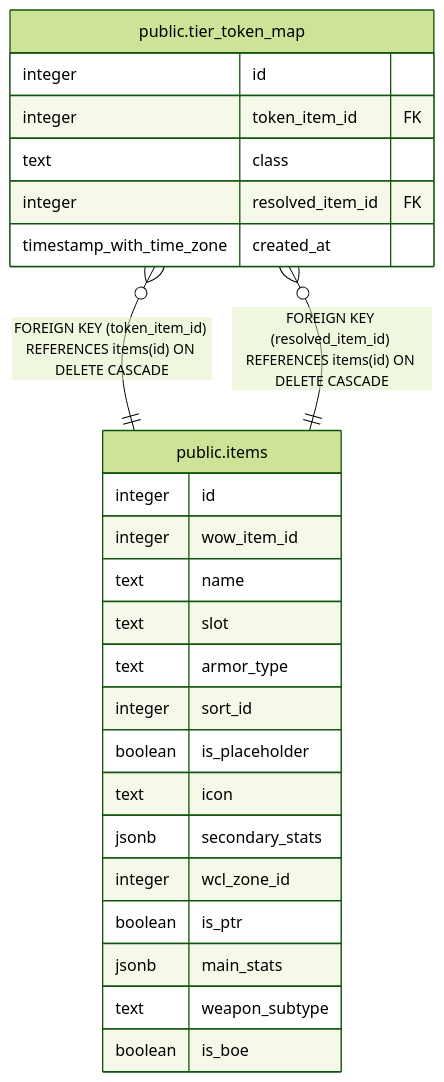
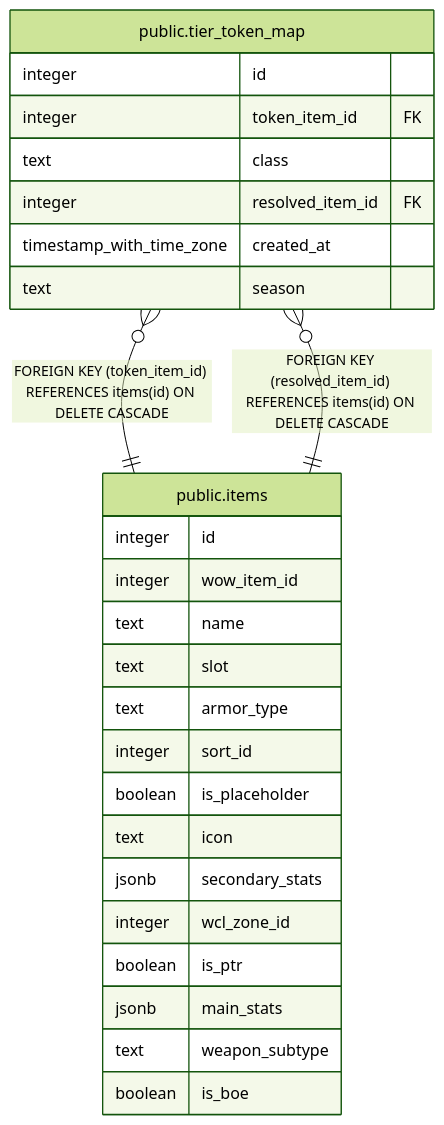
The diagram in dbdoc/public.tier_token_map.md (katogaming88/WGA-Raid-Hub), drawn with Mermaid (forest theme) before and after one commit. The commit also changed other lines of this file and 24 other files, not shown here.

````diff
--- a/dbdoc/public.tier_token_map.md
+++ b/dbdoc/public.tier_token_map.md
@@ -31,30 +32,31 @@
 ```mermaid
 erDiagram
 
 "public.tier_token_map" }o--|| "public.items" : "FOREIGN KEY (token_item_id) REFERENCES items(id) ON DELETE CASCADE"
 "public.tier_token_map" }o--|| "public.items" : "FOREIGN KEY (resolved_item_id) REFERENCES items(id) ON DELETE CASCADE"
 
 "public.tier_token_map" {
   integer id
   integer token_item_id FK
   text class
   integer resolved_item_id FK
   timestamp_with_time_zone created_at
+  text season
 }
 "public.items" {
   integer id
   integer wow_item_id
   text name
   text slot
   text armor_type
   integer sort_id
   boolean is_placeholder
   text icon
   jsonb secondary_stats
   integer wcl_zone_id
   boolean is_ptr
   jsonb main_stats
   text weapon_subtype
   boolean is_boe
 }
 ```
````
